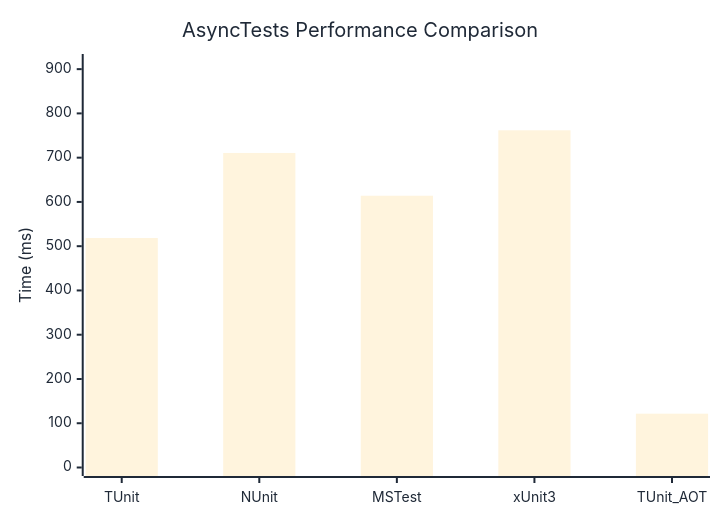
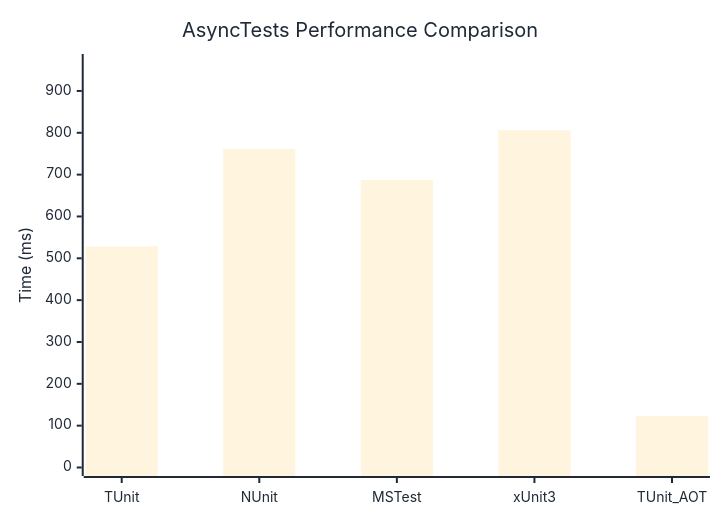
The diagram in docs/docs/benchmarks/AsyncTests.md (thomhurst/TUnit), drawn with Mermaid before and after one commit. The commit also changed other lines of this file and 17 other files, not shown here.

````diff
--- a/docs/docs/benchmarks/AsyncTests.md
+++ b/docs/docs/benchmarks/AsyncTests.md
@@ -27,37 +27,37 @@
 ```mermaid
 %%{init: {
   'theme':'base',
   'themeVariables': {
     'primaryColor': '#2563eb',
     'primaryTextColor': '#1f2937',
     'primaryBorderColor': '#1e40af',
     'lineColor': '#6b7280',
     'secondaryColor': '#7c3aed',
     'tertiaryColor': '#dc2626',
     'background': '#ffffff',
     'mainBkg': '#2563eb',
     'secondBkg': '#7c3aed',
     'tertiaryBkg': '#dc2626',
     'clusterBkg': '#f3f4f6',
     'edgeLabelBackground': '#ffffff',
     'tertiaryTextColor': '#1f2937',
     'pie1': '#2563eb',
     'pie2': '#7c3aed',
     'pie3': '#dc2626',
     'pie4': '#f59e0b',
     'pie5': '#10b981',
     'pie6': '#06b6d4',
     'pie7': '#ec4899',
     'pie8': '#6366f1',
     'pie9': '#84cc16',
     'pie10': '#f97316',
     'pie11': '#14b8a6',
     'pie12': '#a855f7'
   }
 }}%%
 xychart-beta
   title "AsyncTests Performance Comparison"
   x-axis ["TUnit", "NUnit", "MSTest", "xUnit3", "TUnit_AOT"]
-  y-axis "Time (ms)" 0 --> 915
-  bar [518.5, 710.6, 614, 761.8, 121.6]
+  y-axis "Time (ms)" 0 --> 968
+  bar [528.4, 761.5, 687.1, 806.2, 122.4]
 ```
````
